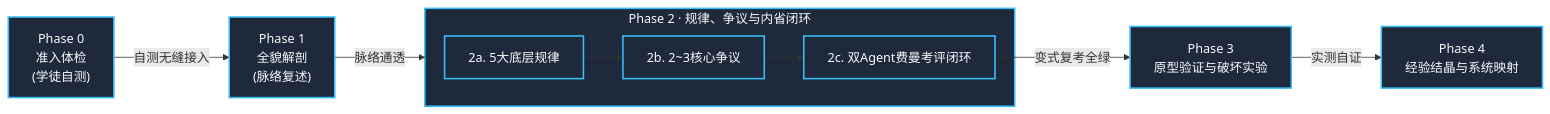
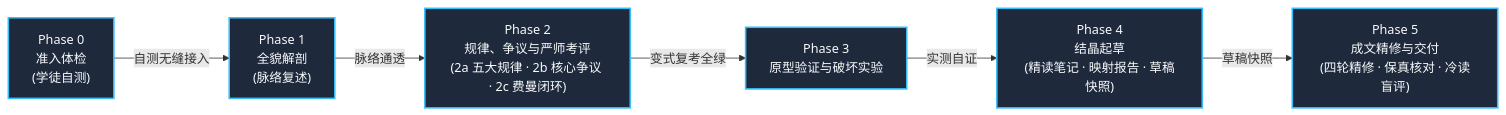
The diagram in assets/mermaid/six-phase-autonomous-pipeline.mmd (ThreeFish-AI/guided-learn), drawn with Mermaid before and after one commit. The commit also changed 22 other files, not shown here.

First line of the commit message:
feat(assets): 重绘流水线与 RSI 图为六阶段并更新 README 工作流;

```diff
--- a/assets/mermaid/six-phase-autonomous-pipeline.mmd
+++ b/assets/mermaid/six-phase-autonomous-pipeline.mmd
@@ -1,15 +1,14 @@
-%% source: SKILL.md §工作流规约 (lines 110-120 @ HEAD f4941e9)
-%% slug: five-phase-autonomous-pipeline
+%% source: SKILL.md §工作流规约（六阶段自治演进流水线）
+%% slug: six-phase-autonomous-pipeline
 %% type: flowchart LR
-%% derived: archify workflow v2 -> assets/architecture/five-phase-autonomous-pipeline.html
+%% derived: archify workflow v2 -> assets/architecture/six-phase-autonomous-pipeline.html
+%% fix: 新增 Phase 5 成文精修与交付；Phase 2 的 2a/2b/2c 折叠为单节点子标签以满足 archify col 0..5 约束
 flowchart LR
     P0["Phase 0<br/>准入体检<br/>(学徒自测)"] -->|自测无缝接入| P1["Phase 1<br/>全貌解剖<br/>(脉络复述)"]
-    P1 -->|脉络通透| P2["Phase 2<br/>规律、争议与严师考评"]
-    subgraph P2["Phase 2 · 规律、争议与内省闭环"]
-        P2a["2a. 5大底层规律"] --> P2b["2b. 2~3核心争议"] --> P2c["2c. 双Agent费曼考评闭环"]
-    end
-    P2c -->|变式复考全绿| P3["Phase 3<br/>原型验证与破坏实验"]
-    P3 -->|实测自证| P4["Phase 4<br/>经验结晶与系统映射"]
+    P1 -->|脉络通透| P2["Phase 2<br/>规律、争议与严师考评<br/>(2a 五大规律 · 2b 核心争议 · 2c 费曼闭环)"]
+    P2 -->|变式复考全绿| P3["Phase 3<br/>原型验证与破坏实验"]
+    P3 -->|实测自证| P4["Phase 4<br/>结晶起草<br/>(精读笔记 · 映射报告 · 草稿快照)"]
+    P4 -->|草稿快照| P5["Phase 5<br/>成文精修与交付<br/>(四轮精修 · 保真核对 · 冷读盲评)"]
 
     classDef phase fill:#1e293b,stroke:#38bdf8,stroke-width:2px,color:#f8fafc;
-    class P0,P1,P2,P3,P4,P2a,P2b,P2c phase;
+    class P0,P1,P2,P3,P4,P5 phase;
```
